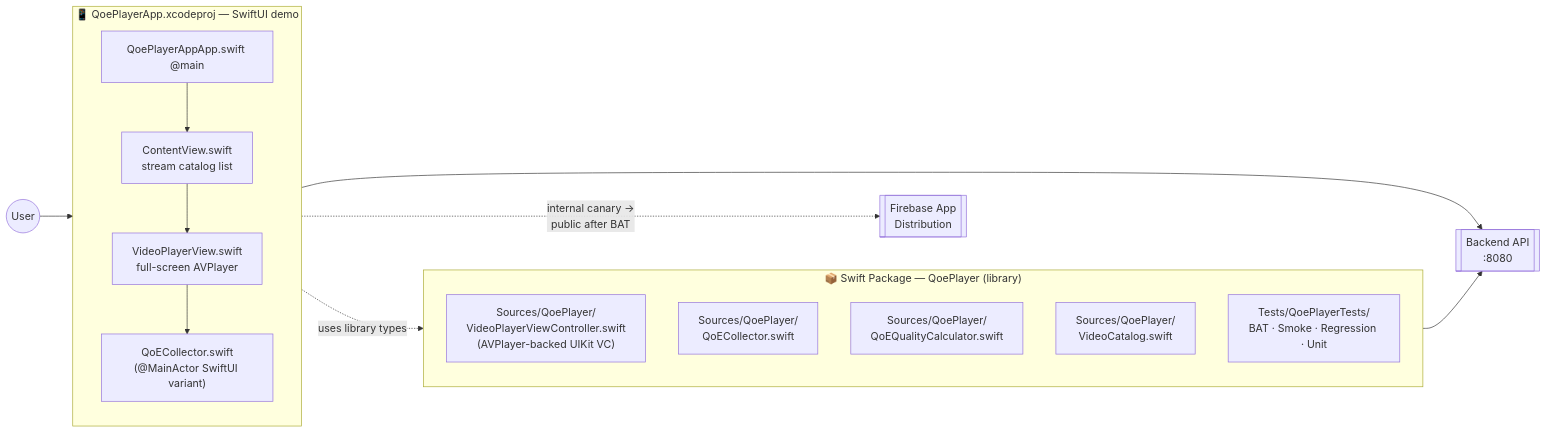
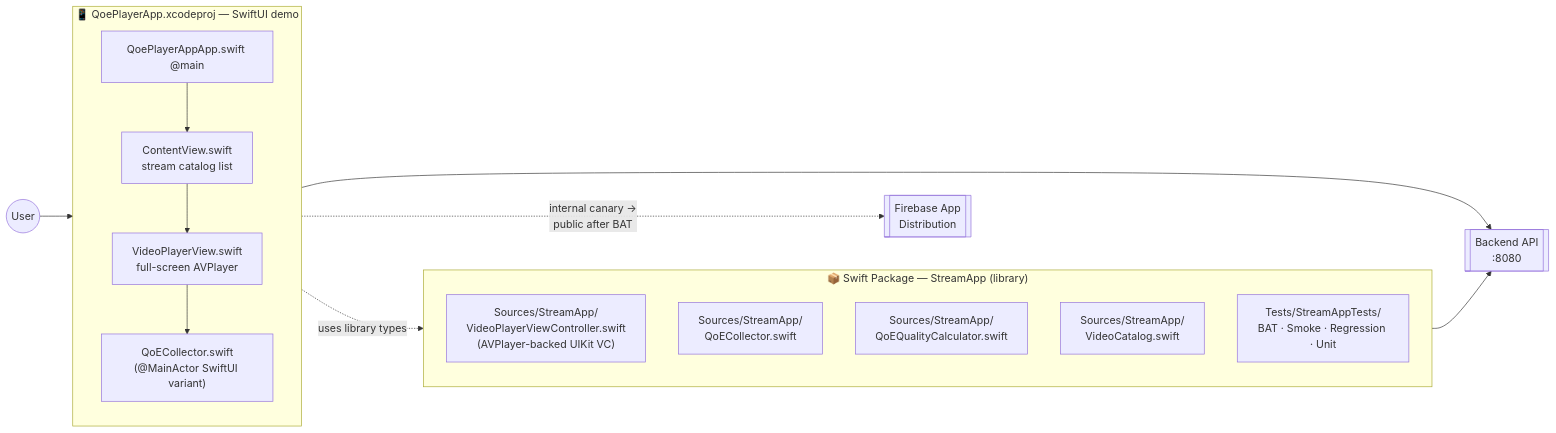
Before and after one commit to palsure/Platform-QualityByDesign-Workshop: the first of 2 diagrams in ios-player/README.md, drawn with Mermaid. The commit also changed other lines of this file and 25 other files, not shown here.

````diff
--- a/ios-player/README.md
+++ b/ios-player/README.md
@@ -9,27 +9,27 @@
 ```mermaid
 flowchart LR
   User((User))
-  subgraph SPM["📦 Swift Package — QoePlayer (library)"]
+  subgraph SPM["📦 Swift Package — StreamApp (library)"]
     direction TB
-    VC["Sources/QoePlayer/<br/>VideoPlayerViewController.swift<br/>(AVPlayer-backed UIKit VC)"]
-    Coll["Sources/QoePlayer/<br/>QoECollector.swift"]
-    QC["Sources/QoePlayer/<br/>QoEQualityCalculator.swift"]
-    Cat["Sources/QoePlayer/<br/>VideoCatalog.swift"]
-    Tests["Tests/QoePlayerTests/<br/>BAT · Smoke · Regression · Unit"]
+    VC["Sources/StreamApp/<br/>VideoPlayerViewController.swift<br/>(AVPlayer-backed UIKit VC)"]
+    Coll["Sources/StreamApp/<br/>QoECollector.swift"]
+    QC["Sources/StreamApp/<br/>QoEQualityCalculator.swift"]
+    Cat["Sources/StreamApp/<br/>VideoCatalog.swift"]
+    Tests["Tests/StreamAppTests/<br/>BAT · Smoke · Regression · Unit"]
   end
   subgraph App["📱 QoePlayerApp.xcodeproj — SwiftUI demo"]
     direction TB
     Entry["QoePlayerAppApp.swift @main"]
     CV["ContentView.swift<br/>stream catalog list"]
     PV["VideoPlayerView.swift<br/>full-screen AVPlayer"]
     AppColl["QoECollector.swift<br/>(@MainActor SwiftUI variant)"]
   end
   API[["Backend API<br/>:8080"]]
   Firebase[["Firebase App<br/>Distribution"]]
 
   User --> Entry --> CV --> PV --> AppColl
   PV -. "uses library types" .-> VC
   Coll --> API
   AppColl --> API
   App -. "internal canary →<br/>public after BAT" .-> Firebase
 ```
````
